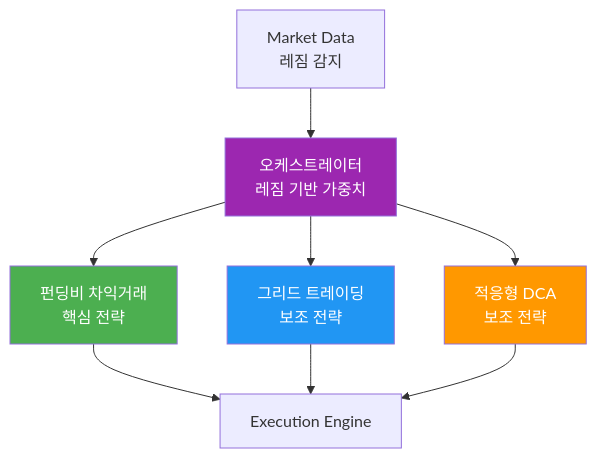
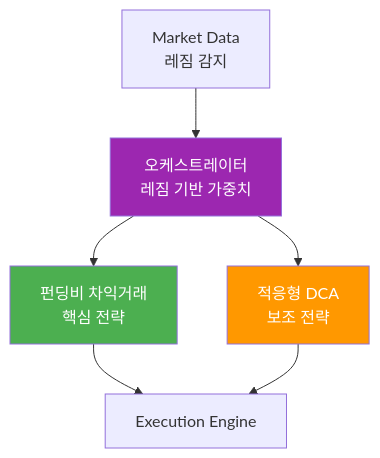
The diagram in cryptoengine/docs/HOME.md (Justant-source/Bit-Mania), drawn with Mermaid before and after one commit. The commit also changed other lines of this file and 66 other files, not shown here.

````diff
--- a/cryptoengine/docs/HOME.md
+++ b/cryptoengine/docs/HOME.md
@@ -33,16 +33,13 @@
 ```mermaid
 graph TD
     O[오케스트레이터<br/>레짐 기반 가중치] --> F[펀딩비 차익거래<br/>핵심 전략]
-    O --> G[그리드 트레이딩<br/>보조 전략]
     O --> D[적응형 DCA<br/>보조 전략]
     
     M[Market Data<br/>레짐 감지] --> O
     F --> E[Execution Engine]
-    G --> E
     D --> E
     
     style F fill:#4CAF50,color:#fff
-    style G fill:#2196F3,color:#fff
     style D fill:#FF9800,color:#fff
     style O fill:#9C27B0,color:#fff
 ```
````
